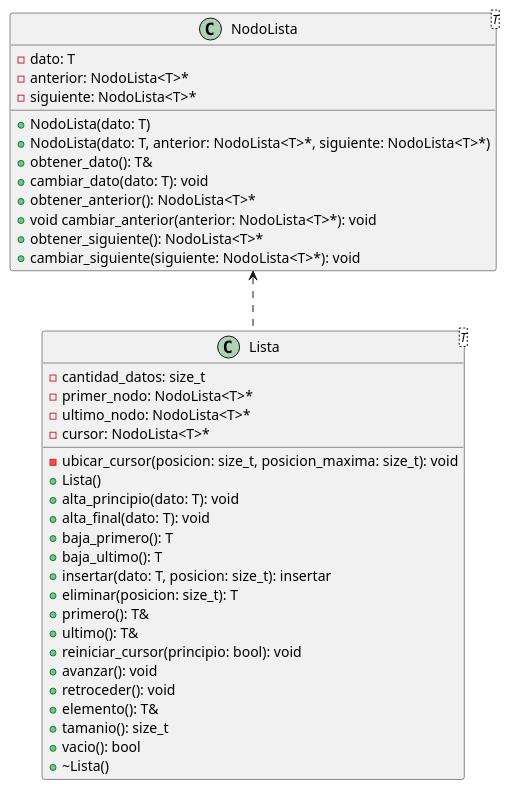
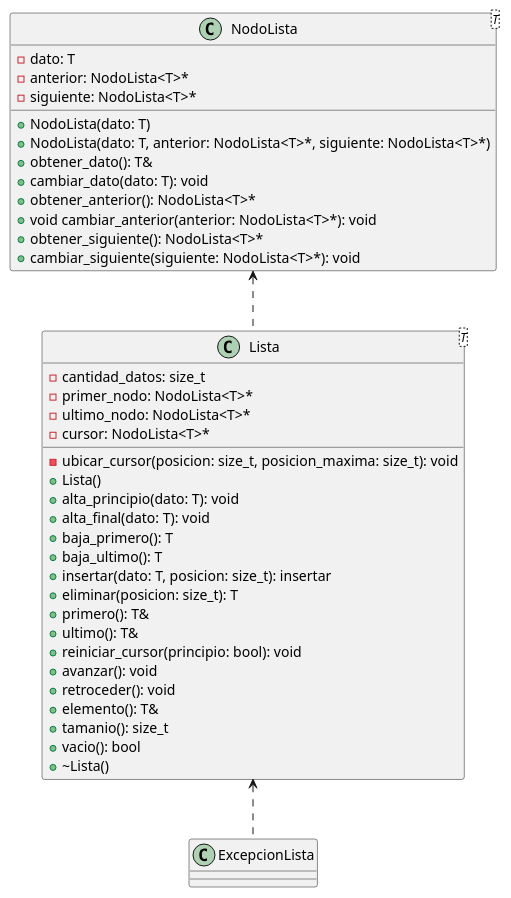
One commit to Tastor2k2/AYED-tpg-2c2024-compilados changed the diagram in UML/Lista.puml. Above: the diagram before and after it, drawn with PlantUML.

```diff
--- a/UML/Lista.puml
+++ b/UML/Lista.puml
@@ -1,45 +1,49 @@
 @startuml
 
 class Lista<T> {
     - cantidad_datos: size_t
     - primer_nodo: NodoLista<T>*
     - ultimo_nodo: NodoLista<T>*
     - cursor: NodoLista<T>*
 
     - ubicar_cursor(posicion: size_t, posicion_maxima: size_t): void
     + Lista()
     + alta_principio(dato: T): void
     + alta_final(dato: T): void
     + baja_primero(): T
     + baja_ultimo(): T
     + insertar(dato: T, posicion: size_t): insertar
     + eliminar(posicion: size_t): T
     + primero(): T&
     + ultimo(): T&
     + reiniciar_cursor(principio: bool): void
     + avanzar(): void
     + retroceder(): void
     + elemento(): T&
     + tamanio(): size_t
     + vacio(): bool
     + ~Lista()
 }
 
 class NodoLista<T> {
     - dato: T
     - anterior: NodoLista<T>*
     - siguiente: NodoLista<T>*
 
     + NodoLista(dato: T)
     + NodoLista(dato: T, anterior: NodoLista<T>*, siguiente: NodoLista<T>*)
     + obtener_dato(): T&
     + cambiar_dato(dato: T): void
     + obtener_anterior(): NodoLista<T>*
     + void cambiar_anterior(anterior: NodoLista<T>*): void
     + obtener_siguiente(): NodoLista<T>*
     + cambiar_siguiente(siguiente: NodoLista<T>*): void
 }
 
+class ExcepcionLista {
+}
+
+Lista <.. ExcepcionLista
 NodoLista <.. Lista
 
 @enduml
```
